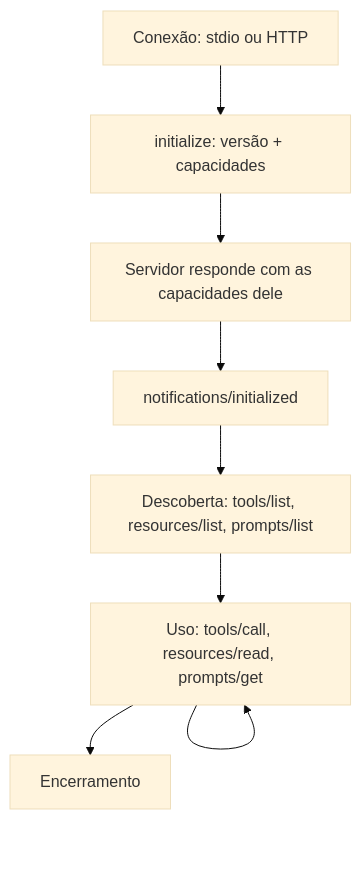
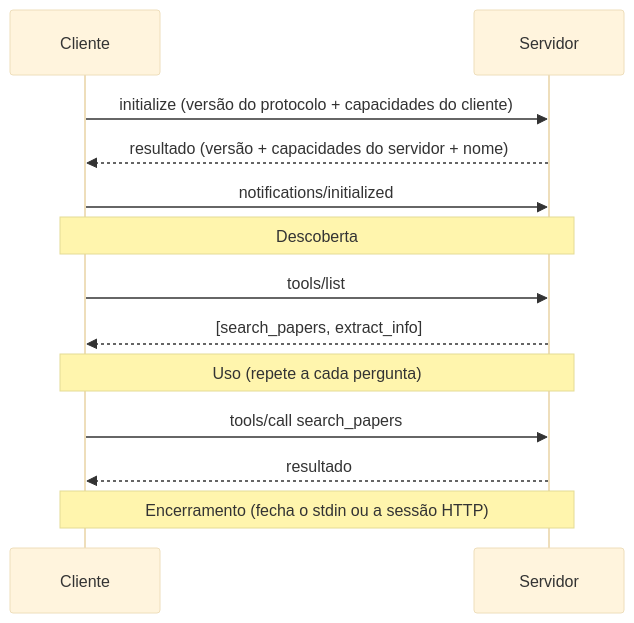
Before and after one commit to FloraRosaPupo/mcp-estudos: the fourth of 5 diagrams in notas/01-fundamentos.md, drawn with Mermaid (base theme). The commit also changed other lines of this file and 11 other files, not shown here.

````diff
--- a/notas/01-fundamentos.md
+++ b/notas/01-fundamentos.md
@@ -61,10 +136,15 @@
 ```mermaid
-flowchart TD
-    A[Conexão: stdio ou HTTP] --> B["initialize: versão + capacidades"]
-    B --> C["Servidor responde com as capacidades dele"]
-    C --> D["notifications/initialized"]
-    D --> E["Descoberta: tools/list, resources/list, prompts/list"]
-    E --> F["Uso: tools/call, resources/read, prompts/get"]
-    F --> F
-    F --> G[Encerramento]
+sequenceDiagram
+    participant C as Cliente
+    participant S as Servidor
+    C->>S: initialize (versão do protocolo + capacidades do cliente)
+    S-->>C: resultado (versão + capacidades do servidor + nome)
+    C->>S: notifications/initialized
+    Note over C,S: Descoberta
+    C->>S: tools/list
+    S-->>C: [search_papers, extract_info]
+    Note over C,S: Uso (repete a cada pergunta)
+    C->>S: tools/call search_papers
+    S-->>C: resultado
+    Note over C,S: Encerramento (fecha o stdin ou a sessão HTTP)
 ```
````
